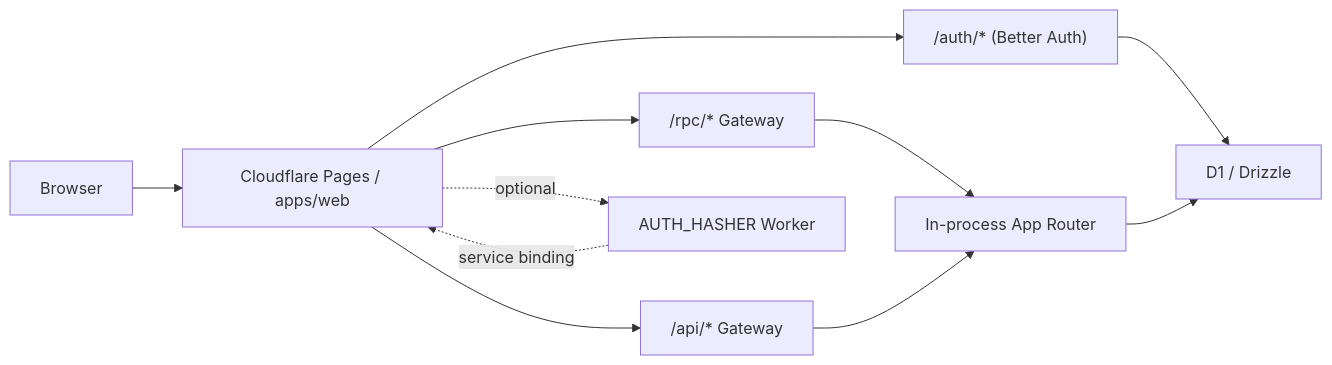
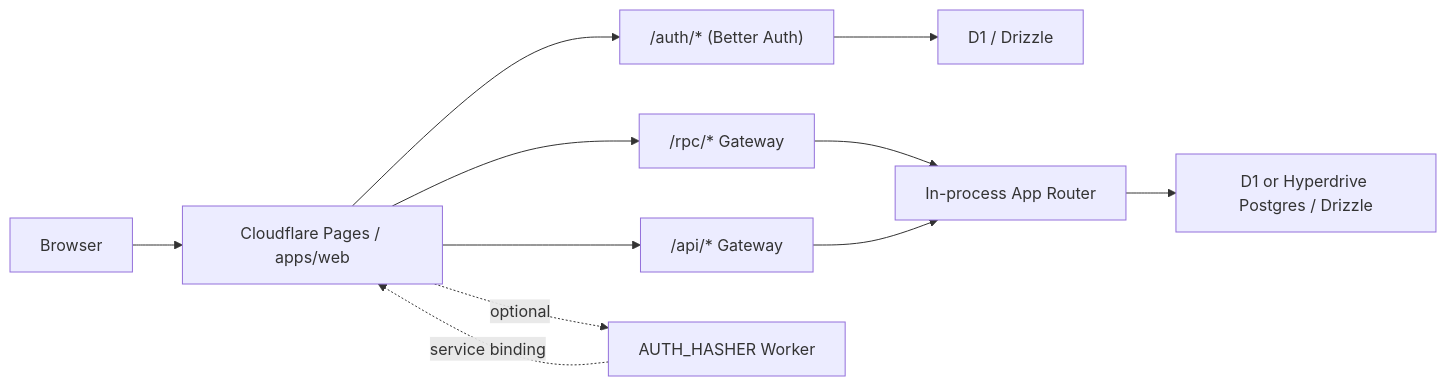
One commit to imjlk/sveltekit-orpc-typia changed the first of 2 diagrams in README.md. Above: the diagram before and after it, drawn with Mermaid. The commit also changed other lines of this file and 41 other files, not shown here.

````diff
--- a/README.md
+++ b/README.md
@@ -24,13 +24,13 @@
 ```mermaid
 flowchart LR
     U["Browser"] --> W["Cloudflare Pages / apps/web"]
     W --> AUTH["/auth/* (Better Auth)"]
     W --> RPC["/rpc/* Gateway"]
     W --> API["/api/* Gateway"]
     AUTH --> DB["D1 / Drizzle"]
     RPC --> APP["In-process App Router"]
     API --> APP
-    APP --> DB
+    APP --> API_DB["D1 or Hyperdrive Postgres / Drizzle"]
     W -. optional .-> HASH["AUTH_HASHER Worker"]
     HASH -. service binding .-> W
 ```
````
